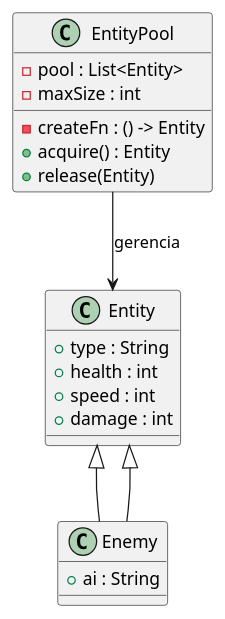
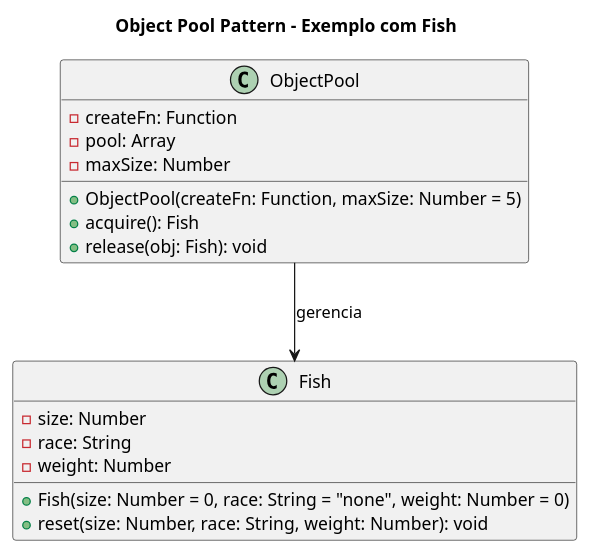
The diagram in ObjectPool.md (AdrianoVictorCode/seminario-ppr-criacional-object-pool), drawn with PlantUML before and after one commit. The commit also changed other lines of this file and 1 other file, not shown here.

```diff
--- a/ObjectPool.md
+++ b/ObjectPool.md
@@ -8,26 +17,24 @@
 @startuml
-' Classe que gerencia o pool de objetos
-class EntityPool {
-    - pool : List<Entity>
-    - createFn : () -> Entity
-    - maxSize : int
-    + acquire() : Entity
-    + release(Entity)
+title Object Pool Pattern - Exemplo com Fish
+
+class Fish {
+  - size: Number
+  - race: String
+  - weight: Number
+  + Fish(size: Number = 0, race: String = "none", weight: Number = 0)
+  + reset(size: Number, race: String, weight: Number): void
 }
 
-' Classe base Entity
-class Entity {
-    + type : String
-    + health : int
-    + speed : int
-    + damage : int
+class ObjectPool {
+  - createFn: Function
+  - pool: Array
+  - maxSize: Number
+  + ObjectPool(createFn: Function, maxSize: Number = 5)
+  + acquire(): Fish
+  + release(obj: Fish): void
 }
 
-' Subclasse Enemy utilizada no pool
-class Enemy extends Entity {
-    + ai : String
-}
+' Indica que o ObjectPool gerencia objetos do tipo Fish
+ObjectPool --> Fish : gerencia
 
-EntityPool --> Entity : "gerencia"
-Entity <|-- Enemy
 @enduml
```
